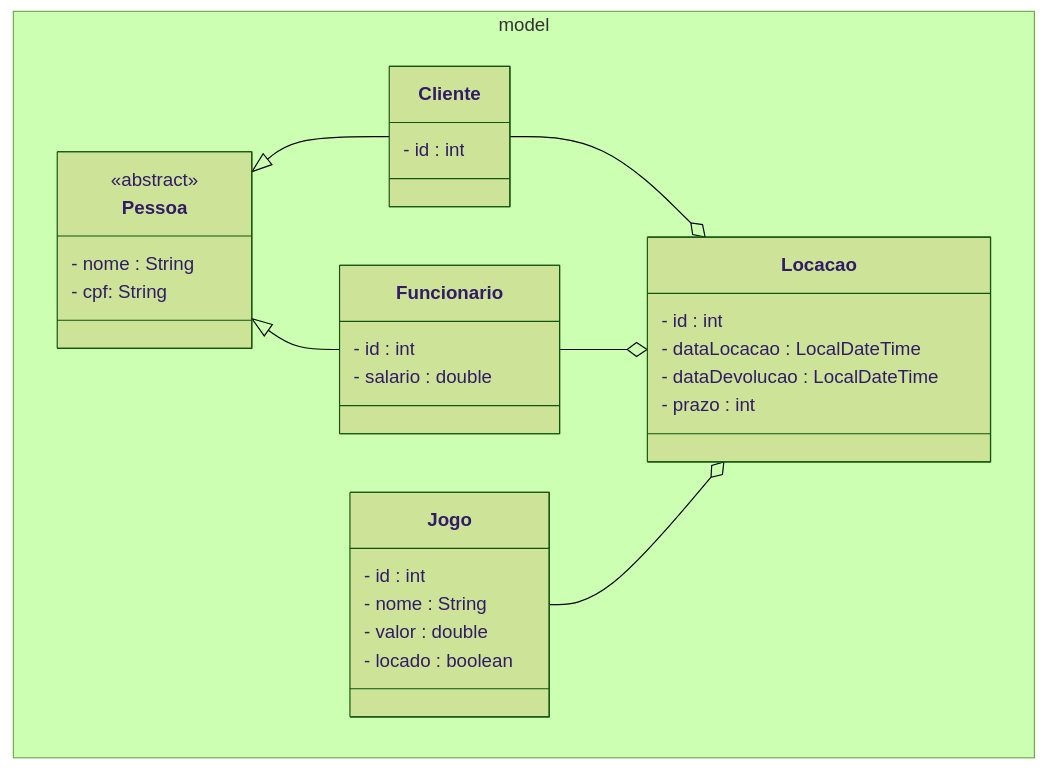
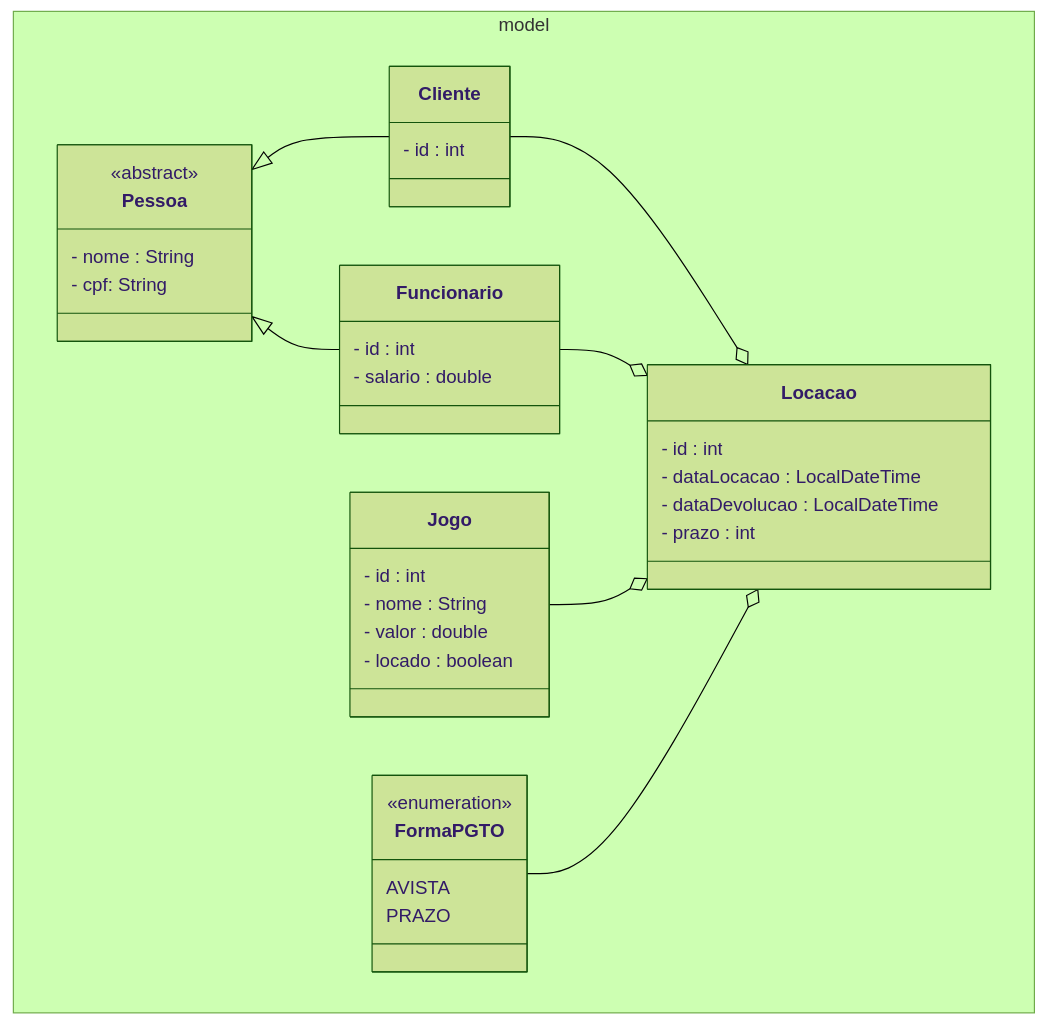
One commit to o-jonathan/LPOO-2025-2-Locadora changed the diagram in README.md. Above: the diagram before and after it, drawn with Mermaid (forest theme). The commit also changed other lines of this file and 18 other files, not shown here.

````diff
--- a/README.md
+++ b/README.md
@@ -8,46 +8,54 @@
 ```mermaid
 classDiagram
     namespace model {
         class Pessoa
         class Cliente
         class Funcionario
         class Jogo
+        class FormaPGTO
         class Locacao
     }
 
     class Pessoa {
         <<abstract>>
         - nome : String
         - cpf: String
     }
 
     class Cliente {
         - id : int
     }
 
     class Funcionario {
         - id : int
         - salario : double
     }
 
     class Jogo {
         - id : int
         - nome : String
         - valor : double
         - locado : boolean
     }
 
+    class FormaPGTO {
+        <<enumeration>>
+        AVISTA
+        PRAZO
+    }
+
     class Locacao {
         - id : int
         - dataLocacao : LocalDateTime
         - dataDevolucao : LocalDateTime
         - prazo : int
     }
 
     Pessoa <|-- Cliente
     Pessoa <|-- Funcionario
 
     Cliente --o Locacao
     Funcionario --o Locacao
     Jogo --o Locacao
+    FormaPGTO --o Locacao
 ```
````
